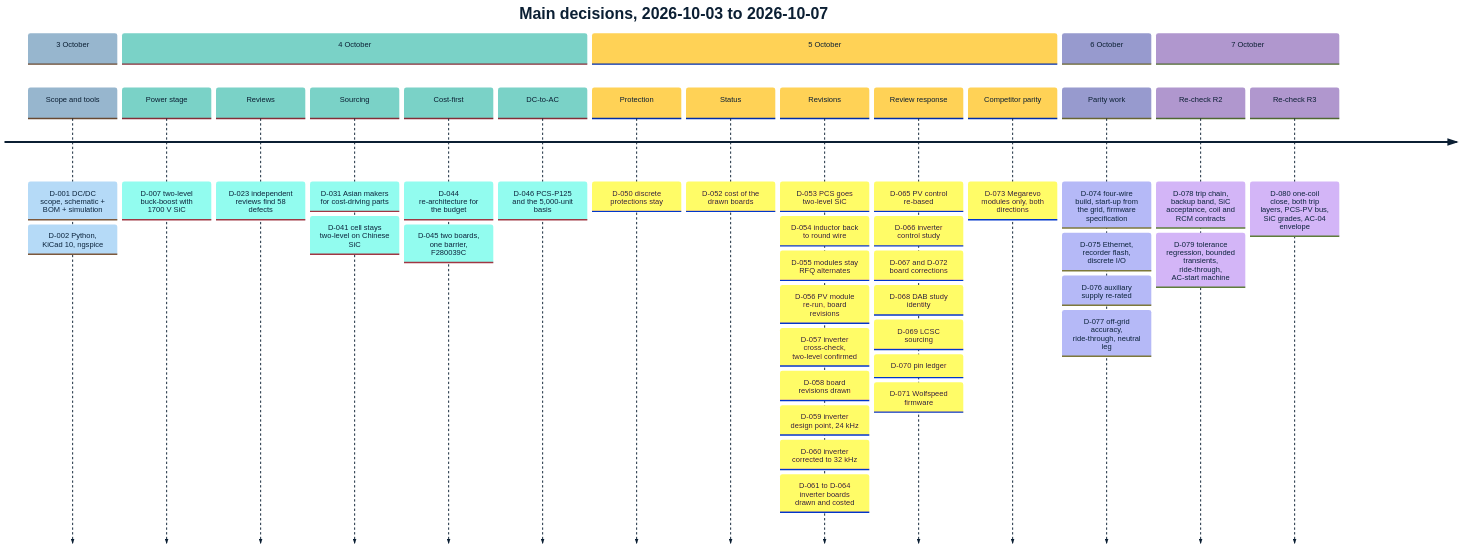
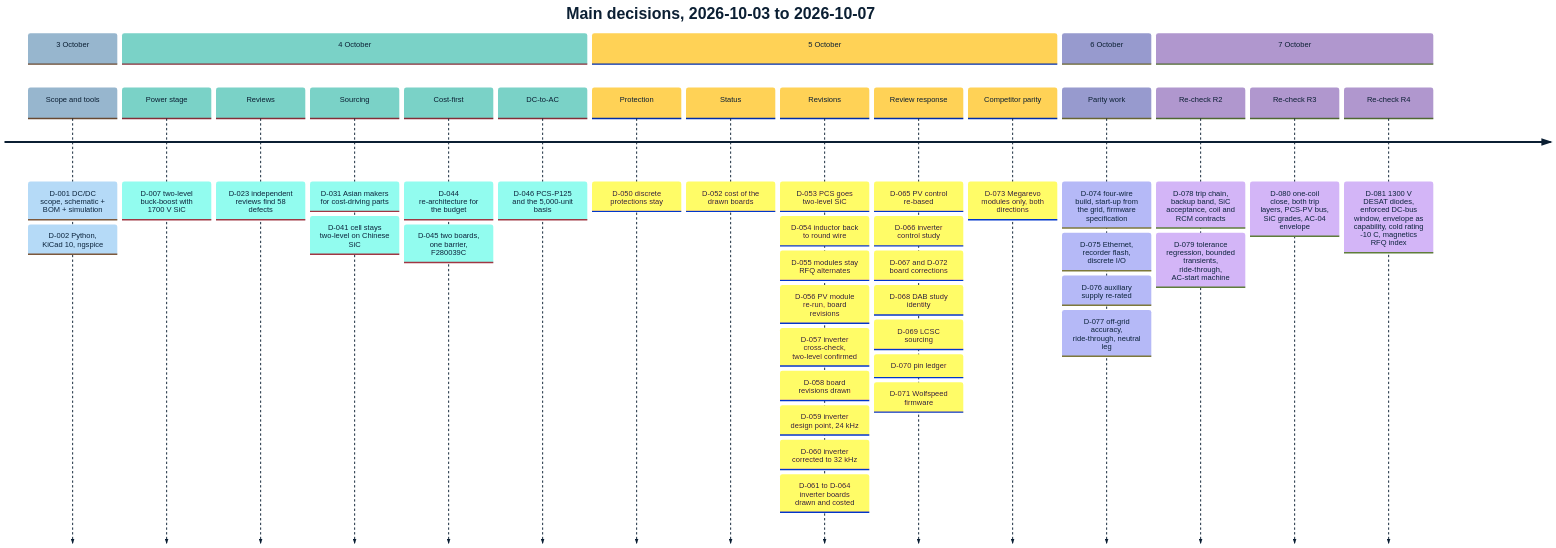
Before and after one commit to vectivolt/PCM: the second of 2 diagrams in docs/guide/01-overview.md, drawn with Mermaid. The commit also changed other lines of this file and 208 other files, not shown here.

````diff
--- a/docs/guide/01-overview.md
+++ b/docs/guide/01-overview.md
@@ -83,24 +83,25 @@
 ```mermaid
 %%{init: {"theme": "base", "themeVariables": {"primaryColor": "#EEF3F7", "primaryBorderColor": "#0B1F33", "primaryTextColor": "#0B1F33", "lineColor": "#5B6B7A", "secondaryColor": "#D9F2EF", "tertiaryColor": "#FFF4D6", "fontFamily": "Inter, Helvetica, Arial, sans-serif"}}}%%
 timeline
     title Main decisions, 2026-10-03 to 2026-10-07
     section 3 October
         Scope and tools : D-001 DC/DC scope, schematic + BOM + simulation : D-002 Python, KiCad 10, ngspice
     section 4 October
         Power stage : D-007 two-level buck-boost with 1700 V SiC
         Reviews : D-023 independent reviews find 58 defects
         Sourcing : D-031 Asian makers for cost-driving parts : D-041 cell stays two-level on Chinese SiC
         Cost-first : D-044 re-architecture for the budget : D-045 two boards, one barrier, F280039C
         DC-to-AC : D-046 PCS-P125 and the 5,000-unit basis
     section 5 October
         Protection : D-050 discrete protections stay
         Status : D-052 cost of the drawn boards
         Revisions : D-053 PCS goes two-level SiC : D-054 inductor back to round wire : D-055 modules stay RFQ alternates : D-056 PV module re-run, board revisions : D-057 inverter cross-check, two-level confirmed : D-058 board revisions drawn : D-059 inverter design point, 24 kHz : D-060 inverter corrected to 32 kHz : D-061 to D-064 inverter boards drawn and costed
         Review response : D-065 PV control re-based : D-066 inverter control study : D-067 and D-072 board corrections : D-068 DAB study identity : D-069 LCSC sourcing : D-070 pin ledger : D-071 Wolfspeed firmware
         Competitor parity : D-073 Megarevo modules only, both directions
     section 6 October
         Parity work : D-074 four-wire build, start-up from the grid, firmware specification : D-075 Ethernet, recorder flash, discrete I/O : D-076 auxiliary supply re-rated : D-077 off-grid accuracy, ride-through, neutral leg
     section 7 October
         Re-check R2 : D-078 trip chain, backup band, SiC acceptance, coil and RCM contracts : D-079 tolerance regression, bounded transients, ride-through, AC-start machine
         Re-check R3 : D-080 one-coil close, both trip layers, PCS-PV bus, SiC grades, AC-04 envelope
+        Re-check R4 : D-081 1300 V DESAT diodes, enforced DC-bus window, envelope as capability, cold rating -10 C, magnetics RFQ index
 ```
````
